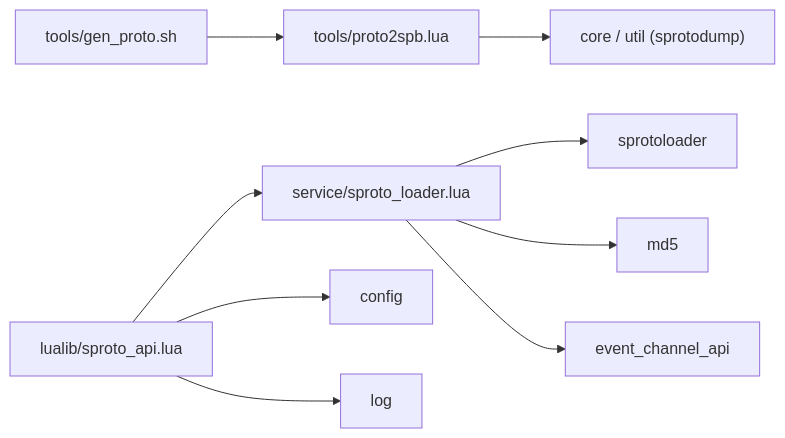
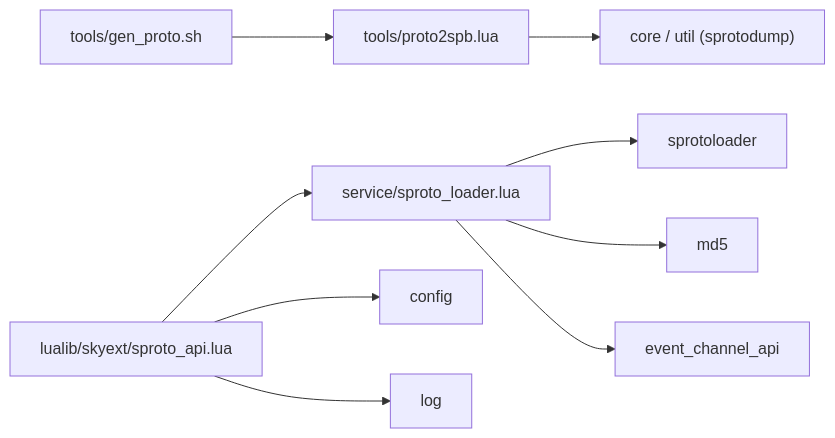
The sixth of 6 diagrams in docs/repowiki/zh/content/API 参考/二进制协议/协议开发指南.md (hanxi/skyext), drawn with Mermaid before and after one commit. The commit also changed other lines of this file and 117 other files, not shown here.

````diff
--- a/docs/repowiki/zh/content/API 参考/二进制协议/协议开发指南.md
+++ b/docs/repowiki/zh/content/API 参考/二进制协议/协议开发指南.md
@@ -298,11 +298,11 @@
 ```mermaid
 graph LR
 GEN["tools/gen_proto.sh"] --> P2S["tools/proto2spb.lua"]
 P2S --> CORE["core / util (sprotodump)"]
-API["lualib/sproto_api.lua"] --> LOADER["service/sproto_loader.lua"]
+API["lualib/skyext/sproto_api.lua"] --> LOADER["service/sproto_loader.lua"]
 API --> CFG["config"]
 API --> LOG["log"]
 LOADER --> SPROTOL["sprotoloader"]
 LOADER --> MD5["md5"]
 LOADER --> EVT["event_channel_api"]
 ```
````
